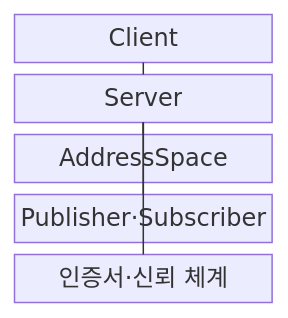
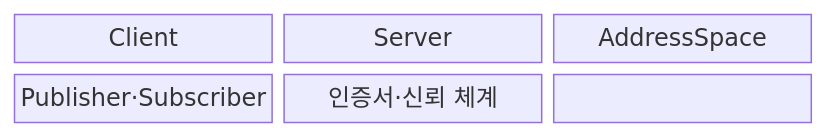
One commit to agnusdei1207/knowledge-base changed the first of 2 diagrams in src/content/docs/notes/08-latest-tech/202_opc_unified_architecture.md. Above: the diagram before and after it, drawn with Mermaid. The commit also changed other lines of this file and 228 other files, not shown here.

````diff
--- a/src/content/docs/notes/08-latest-tech/202_opc_unified_architecture.md
+++ b/src/content/docs/notes/08-latest-tech/202_opc_unified_architecture.md
@@ -50,13 +49,11 @@
 ```mermaid
 block-beta
-  columns 1
-  client["Client"]
-  server["Server"]
-  address["AddressSpace"]
-  pubsub["Publisher·Subscriber"]
-  trust["인증서·신뢰 체계"]
-  client --- server
-  server --- address
-  server --- pubsub
-  trust --- server
+  columns 3
+  N0["Client"]
+  N1["Server"]
+  N2["AddressSpace"]
+  N3["Publisher·Subscriber"]
+  N4["인증서·신뢰 체계"]
+  N0 --- N1 --- N2
+  N2 --- N3 --- N4
 ```
````
